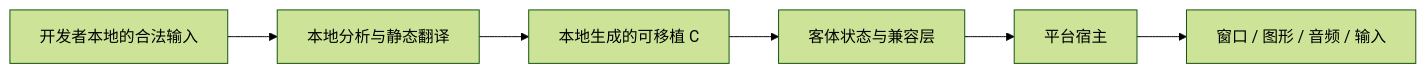
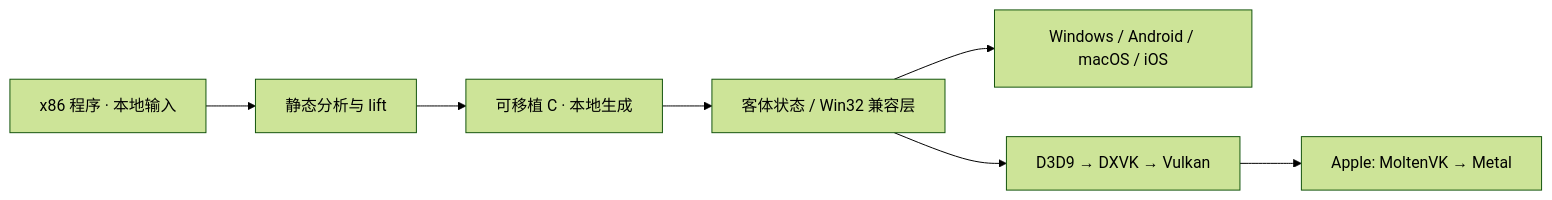
The diagram in README.md (HolyCaonima/ra3-ios-android-win-mac-recomp), drawn with Mermaid (forest theme) before and after one commit. The commit also changed other lines of this file and 65 other files, not shown here.

First line of the commit message:
Publish resource tools, lifter extensions, host components and graphics patches

````diff
--- a/README.md
+++ b/README.md
@@ -26,8 +69,9 @@
 ```mermaid
 flowchart LR
-    A[开发者本地的合法输入] --> B[本地分析与静态翻译]
-    B --> C[本地生成的可移植 C]
-    C --> D[客体状态与兼容层]
-    D --> E[平台宿主]
-    E --> F[窗口 / 图形 / 音频 / 输入]
+    X[x86 程序 · 本地输入] --> L[静态分析与 lift]
+    L --> C[可移植 C · 本地生成]
+    C --> H[客体状态 / Win32 兼容层]
+    H --> P[Windows / Android / macOS / iOS]
+    H --> D[D3D9 → DXVK → Vulkan]
+    D --> M[Apple: MoltenVK → Metal]
 ```
````
